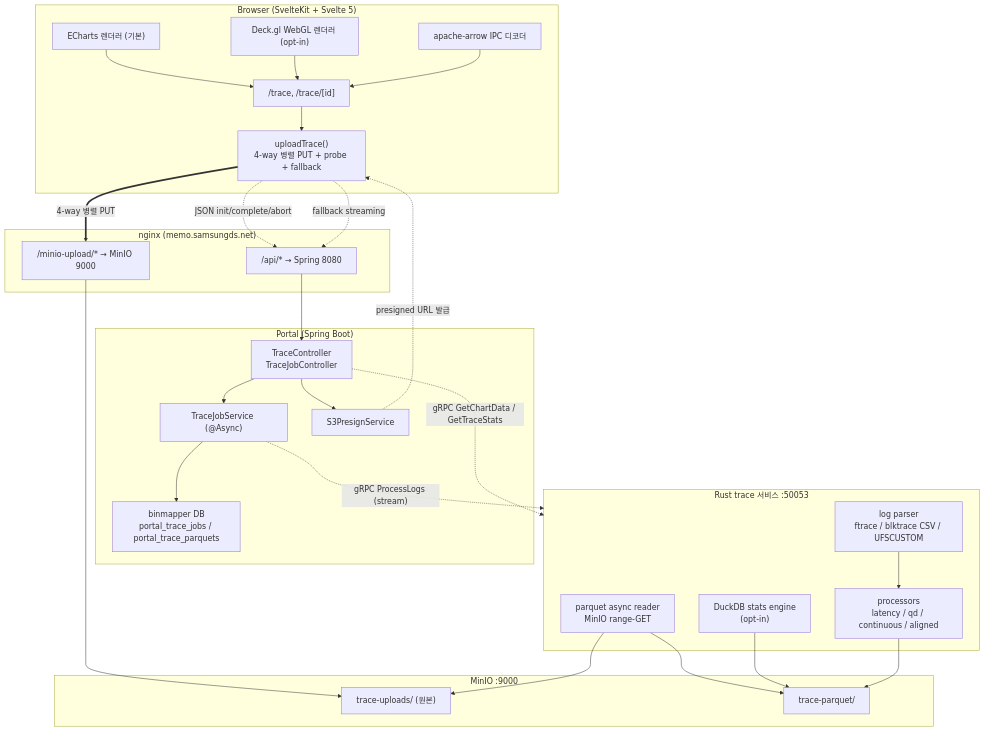
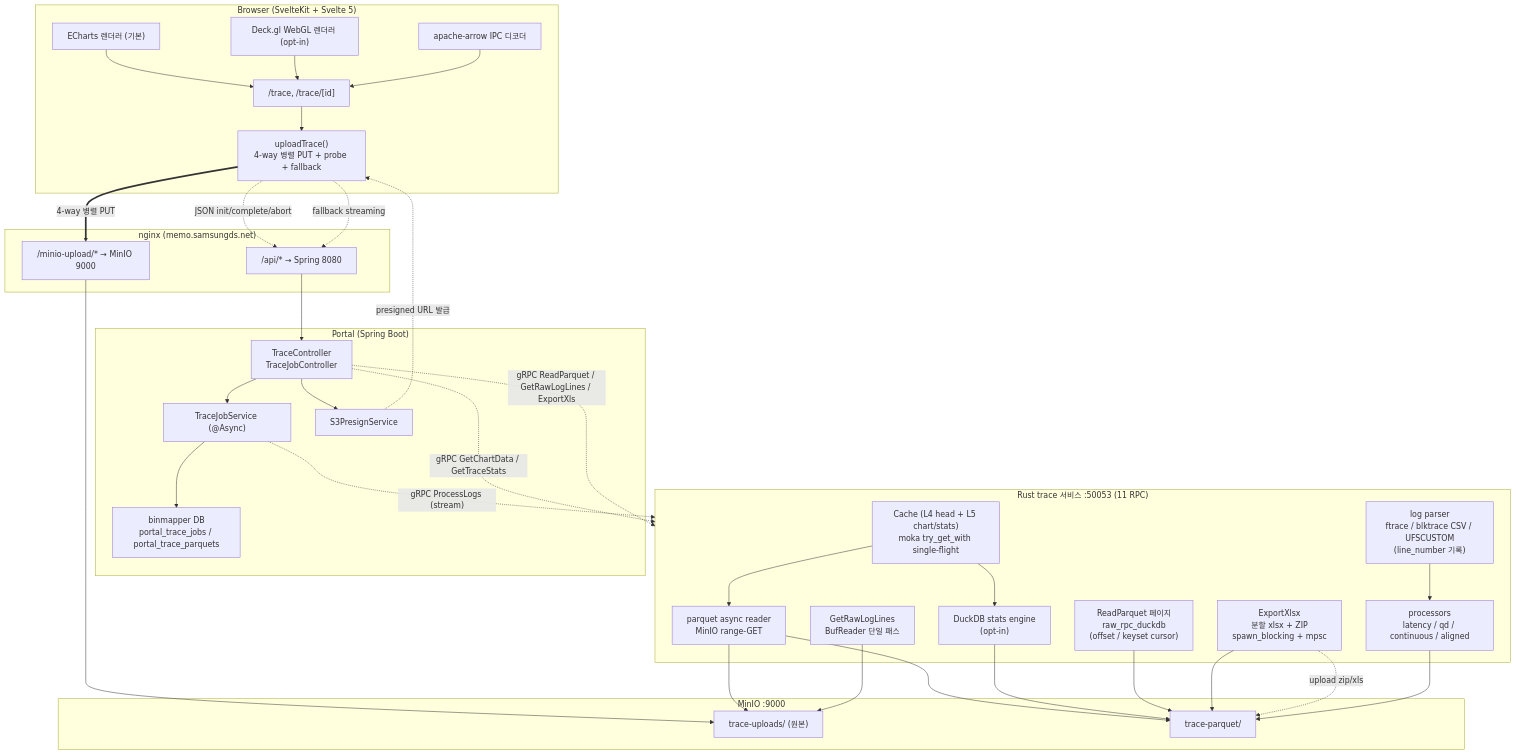
The first of 5 diagrams in src/content/docs/architecture/trace-analysis.md (kakaromo/kakaromo.github.io), drawn with Mermaid before and after one commit. The commit also changed 4 other files, not shown here.

First line of the commit message:
docs: 잔여 정합 갭 5종 (라이브러리 표 / TRACE_RAW_TIMING / xlsx disambiguation / Rust mermaid / changelog)

````diff
--- a/src/content/docs/architecture/trace-analysis.md
+++ b/src/content/docs/architecture/trace-analysis.md
@@ -12,55 +12,66 @@
 ```mermaid
 flowchart TD
     subgraph Browser["Browser (SvelteKit + Svelte 5)"]
         Page["/trace, /trace/[id]"]
         Echarts["ECharts 렌더러 (기본)"]
         Deckgl["Deck.gl WebGL 렌더러 (opt-in)"]
         ArrowDec["apache-arrow IPC 디코더"]
         UploadClient["uploadTrace()<br/>4-way 병렬 PUT + probe + fallback"]
     end
 
     subgraph Nginx["nginx (memo.samsungds.net)"]
         NginxApi["/api/* → Spring 8080"]
         NginxMinio["/minio-upload/* → MinIO 9000"]
     end
 
     subgraph Portal["Portal (Spring Boot)"]
         Ctrl["TraceController<br/>TraceJobController"]
         Svc["TraceJobService (@Async)"]
         Presign["S3PresignService"]
         Db["binmapper DB<br/>portal_trace_jobs / portal_trace_parquets"]
     end
 
-    subgraph Rust["Rust trace 서비스 :50053"]
-        Parser["log parser<br/>ftrace / blktrace CSV / UFSCUSTOM"]
+    subgraph Rust["Rust trace 서비스 :50053 (11 RPC)"]
+        Parser["log parser<br/>ftrace / blktrace CSV / UFSCUSTOM<br/>(line_number 기록)"]
         Proc["processors<br/>latency / qd / continuous / aligned"]
         Async["parquet async reader<br/>MinIO range-GET"]
         Duck["DuckDB stats engine<br/>(opt-in)"]
+        RawDuck["ReadParquet 페이지<br/>raw_rpc_duckdb<br/>(offset / keyset cursor)"]
+        Xlsx["ExportXlsx<br/>분할 xlsx + ZIP<br/>spawn_blocking + mpsc"]
+        RawLog["GetRawLogLines<br/>BufReader 단일 패스"]
+        Cache["Cache (L4 head + L5 chart/stats)<br/>moka try_get_with single-flight"]
     end
 
     subgraph Minio["MinIO :9000"]
         BucketUp["trace-uploads/ (원본)"]
         BucketPq["trace-parquet/"]
     end
 
     Page --> UploadClient
     UploadClient -.JSON init/complete/abort.-> NginxApi
     UploadClient ==4-way 병렬 PUT==> NginxMinio
     UploadClient -.fallback streaming.-> NginxApi
     NginxApi --> Ctrl
     NginxMinio --> BucketUp
     Ctrl --> Svc
     Ctrl --> Presign
     Svc --> Db
     Presign -.presigned URL 발급.-> UploadClient
     Svc -.gRPC ProcessLogs (stream).-> Rust
     Ctrl -.gRPC GetChartData / GetTraceStats.-> Rust
+    Ctrl -.gRPC ReadParquet / GetRawLogLines / ExportXlsx.-> Rust
     Async --> BucketUp
     Async --> BucketPq
     Duck --> BucketPq
+    RawDuck --> BucketPq
+    RawLog --> BucketUp
+    Xlsx --> BucketPq
+    Xlsx -.upload zip/xlsx.-> BucketPq
+    Cache --> Duck
+    Cache --> Async
     Parser --> Proc
     Proc --> BucketPq
     Echarts --> Page
     Deckgl --> Page
     ArrowDec --> Page
 ```
````
